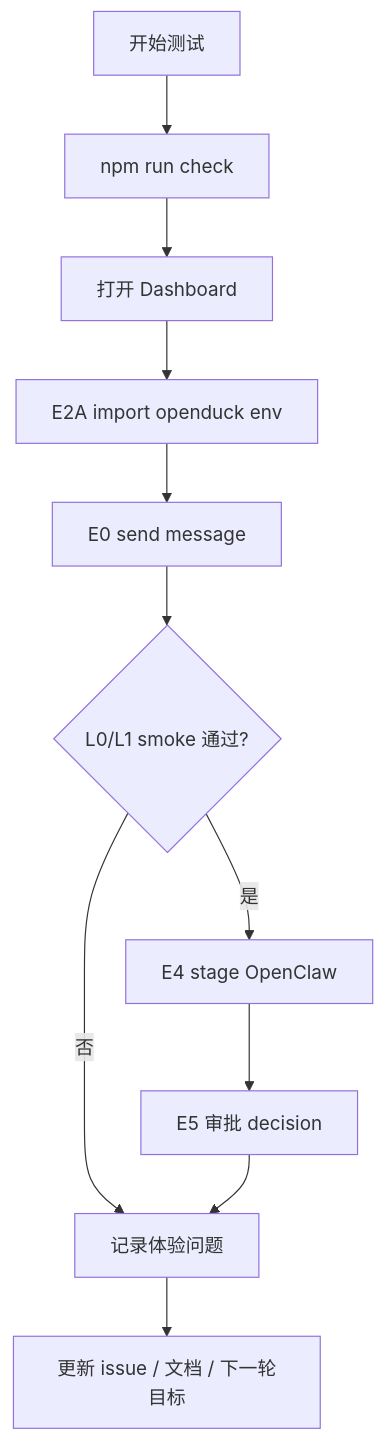
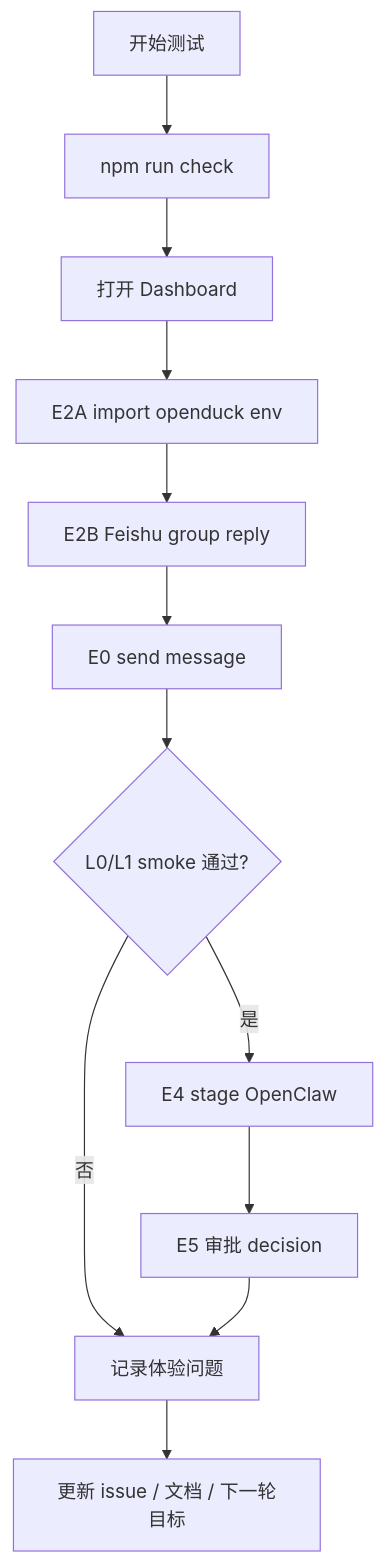
One commit to mayf3/myclaw changed the second of 2 diagrams in docs/modules/human-testing-playbook.md. Above: the diagram before and after it, drawn with Mermaid. The commit also changed other lines of this file and 35 other files, not shown here.

Commit message:
feat: add Feishu websocket bot

````diff
--- a/docs/modules/human-testing-playbook.md
+++ b/docs/modules/human-testing-playbook.md
@@ -63,13 +64,14 @@
 ```mermaid
 flowchart TD
   Start[开始测试] --> Check[npm run check]
   Check --> Dashboard[打开 Dashboard]
   Dashboard --> Import[E2A import openduck env]
-  Import --> Send[E0 send message]
+  Import --> FeishuBot[E2B Feishu group reply]
+  FeishuBot --> Send[E0 send message]
   Send --> L0Gate{L0/L1 smoke 通过?}
   L0Gate -->|否| Record[记录阻塞证据]
   L0Gate -->|是| Stage[E4 stage OpenClaw]
   Stage --> Approval[E5 审批 decision]
   Approval --> Record[记录体验问题]
   Record --> Report[更新 issue / 文档 / 下一轮目标]
 ```
````
